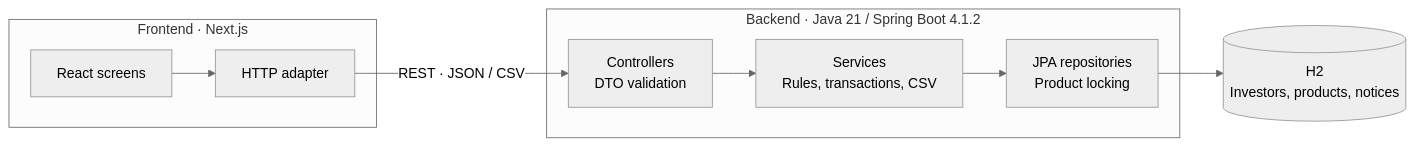
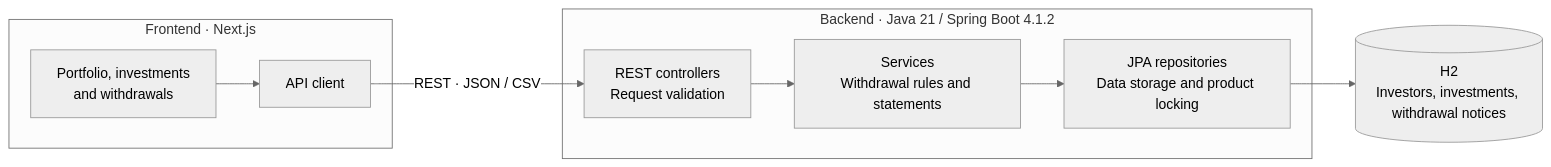
The diagram in README.md (Eleazarovich/enviro365-investments), drawn with Mermaid (neutral theme) before and after one commit. The commit also changed other lines of this file and 5 other files, not shown here.

````diff
--- a/README.md
+++ b/README.md
@@ -20,14 +20,14 @@
 ```mermaid
 flowchart LR
   subgraph frontend["Frontend · Next.js"]
-    screens["React screens"] --> client["HTTP adapter"]
+    screens["Portfolio, investments<br/>and withdrawals"] --> client["API client"]
   end
   subgraph backend["Backend · Java 21 / Spring Boot 4.1.2"]
-    controllers["Controllers<br/>DTO validation"]
-    services["Services<br/>Rules, transactions, CSV"]
-    repositories["JPA repositories<br/>Product locking"]
+    controllers["REST controllers<br/>Request validation"]
+    services["Services<br/>Withdrawal rules and statements"]
+    repositories["JPA repositories<br/>Data storage and product locking"]
     controllers --> services --> repositories
   end
   client -->|REST · JSON / CSV| controllers
-  repositories --> database[("H2<br/>Investors, products, notices")]
+  repositories --> database[("H2<br/>Investors, investments, withdrawal notices")]
 ```
````
